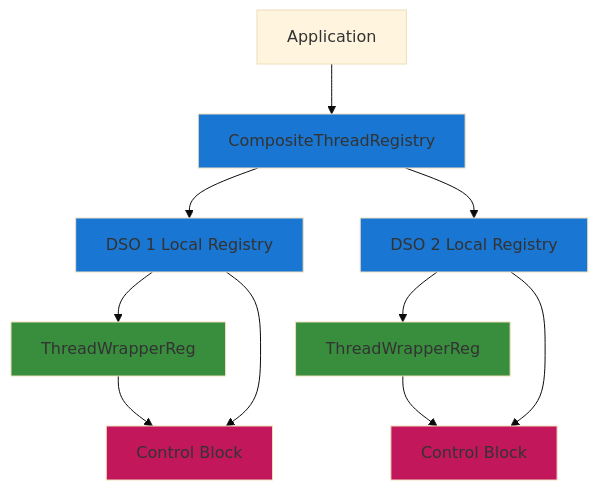
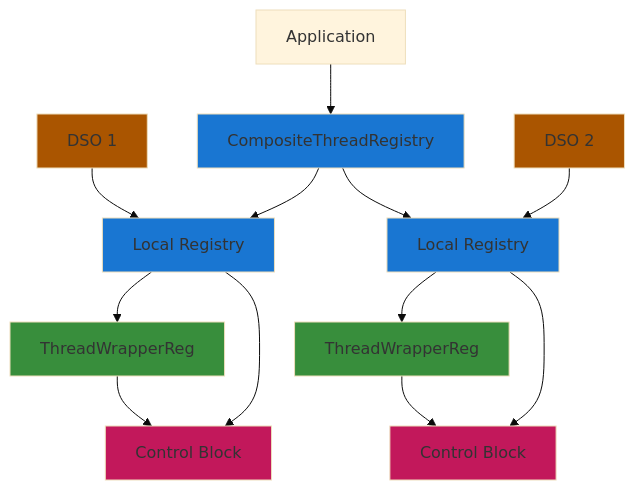
One commit to Katze719/ThreadSchedule changed the fourth of 5 diagrams in docs/REGISTRY.md. Above: the diagram before and after it, drawn with Mermaid (base theme). The commit also changed other lines of this file, not shown here.

Commit message:
Refactor REGISTRY.md diagrams to improve clarity and structure
- Updated class definitions and relationships in the diagrams to better represent the roles of local registries and dynamic shared objects (DSOs).
- Renamed local registry nodes for consistency and clarity.
- Enhanced visual representation of the architecture by adjusting class assignments and connections.

````diff
--- a/docs/REGISTRY.md
+++ b/docs/REGISTRY.md
@@ -156,29 +158,35 @@
 ```mermaid
 graph TD
     App2[Application]
     CR[CompositeThreadRegistry]
-    LR1["DSO 1 Local Registry"]
-    LR2["DSO 2 Local Registry"]
+    L1["DSO 1"]
+    L2["DSO 2"]
+    R1["Local Registry"]
+    R2["Local Registry"]
     T4[ThreadWrapperReg]
     T5[ThreadWrapperReg]
     CB4["Control Block"]
     CB5["Control Block"]
 
     App2 --> CR
-    CR --> LR1
-    CR --> LR2
-    LR1 --> T4
-    LR2 --> T5
+    L1 --> R1
+    CR --> R1
+    CR --> R2
+    L2 --> R2
+    R1 --> T4
+    R2 --> T5
     T4 --> CB4
     T5 --> CB5
-    LR1 --> CB4
-    LR2 --> CB5
+    R1 --> CB4
+    R2 --> CB5
 
     classDef registry fill:#1976d2
     classDef controlBlock fill:#c2185b
     classDef wrapper fill:#388e3c
+    classDef lib fill:#aa5500
 
-    class CR,LR1,LR2 registry
+    class L1,L2 lib
+    class CR,R1,R2 registry
     class CB4,CB5 controlBlock
     class T4,T5 wrapper
 ```
````
